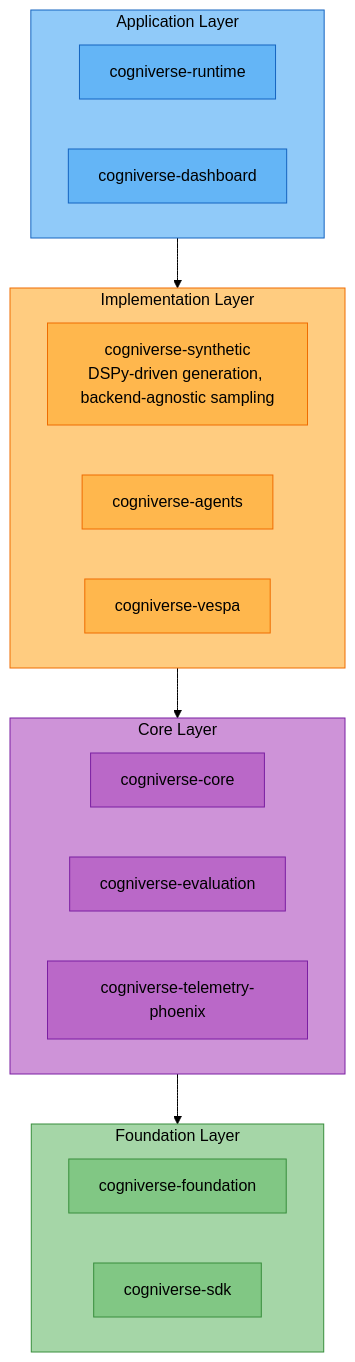
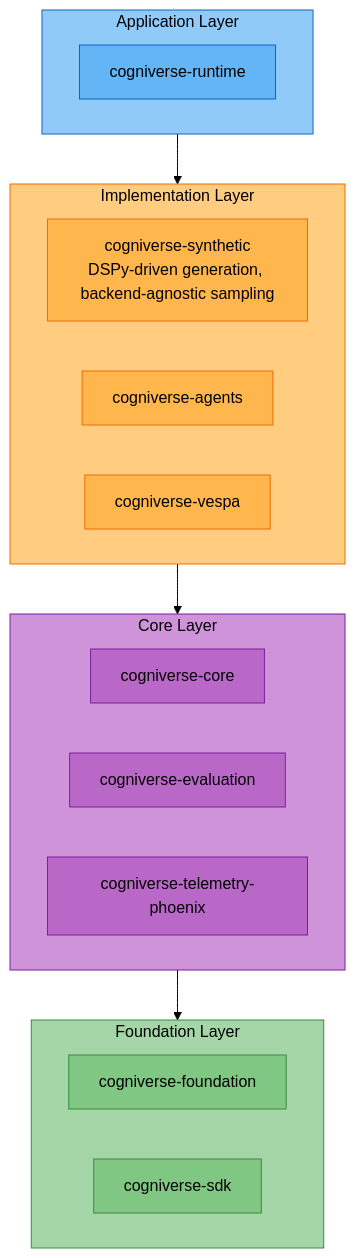
The diagram in docs/modules/synthetic.md (amit-jain/cogniverse), drawn with Mermaid (forest theme) before and after one commit. The commit also changed other lines of this file and 241 other files, not shown here.

````diff
--- a/docs/modules/synthetic.md
+++ b/docs/modules/synthetic.md
@@ -955,43 +955,41 @@
 ```mermaid
 flowchart TB
     subgraph AppLayer["<span style='color:#000'>Application Layer</span>"]
         Runtime["<span style='color:#000'>cogniverse-runtime</span>"]
-        Dashboard["<span style='color:#000'>cogniverse-dashboard</span>"]
     end
 
     subgraph ImplLayer["<span style='color:#000'>Implementation Layer</span>"]
         Synthetic["<span style='color:#000'>cogniverse-synthetic<br/>DSPy-driven generation, backend-agnostic sampling</span>"]
         Agents["<span style='color:#000'>cogniverse-agents</span>"]
         Vespa["<span style='color:#000'>cogniverse-vespa</span>"]
     end
 
     subgraph CoreLayer["<span style='color:#000'>Core Layer</span>"]
         Core["<span style='color:#000'>cogniverse-core</span>"]
         Evaluation["<span style='color:#000'>cogniverse-evaluation</span>"]
         Telemetry["<span style='color:#000'>cogniverse-telemetry-phoenix</span>"]
     end
 
     subgraph FoundationLayer["<span style='color:#000'>Foundation Layer</span>"]
         Foundation["<span style='color:#000'>cogniverse-foundation</span>"]
         SDK["<span style='color:#000'>cogniverse-sdk</span>"]
     end
 
     AppLayer --> ImplLayer
     ImplLayer --> CoreLayer
     CoreLayer --> FoundationLayer
 
     style AppLayer fill:#90caf9,stroke:#1565c0,color:#000
     style Runtime fill:#64b5f6,stroke:#1565c0,color:#000
-    style Dashboard fill:#64b5f6,stroke:#1565c0,color:#000
     style ImplLayer fill:#ffcc80,stroke:#ef6c00,color:#000
     style Synthetic fill:#ffb74d,stroke:#ef6c00,color:#000
     style Agents fill:#ffb74d,stroke:#ef6c00,color:#000
     style Vespa fill:#ffb74d,stroke:#ef6c00,color:#000
     style CoreLayer fill:#ce93d8,stroke:#7b1fa2,color:#000
     style Core fill:#ba68c8,stroke:#7b1fa2,color:#000
     style Evaluation fill:#ba68c8,stroke:#7b1fa2,color:#000
     style Telemetry fill:#ba68c8,stroke:#7b1fa2,color:#000
     style FoundationLayer fill:#a5d6a7,stroke:#388e3c,color:#000
     style Foundation fill:#81c784,stroke:#388e3c,color:#000
     style SDK fill:#81c784,stroke:#388e3c,color:#000
 ```
````
